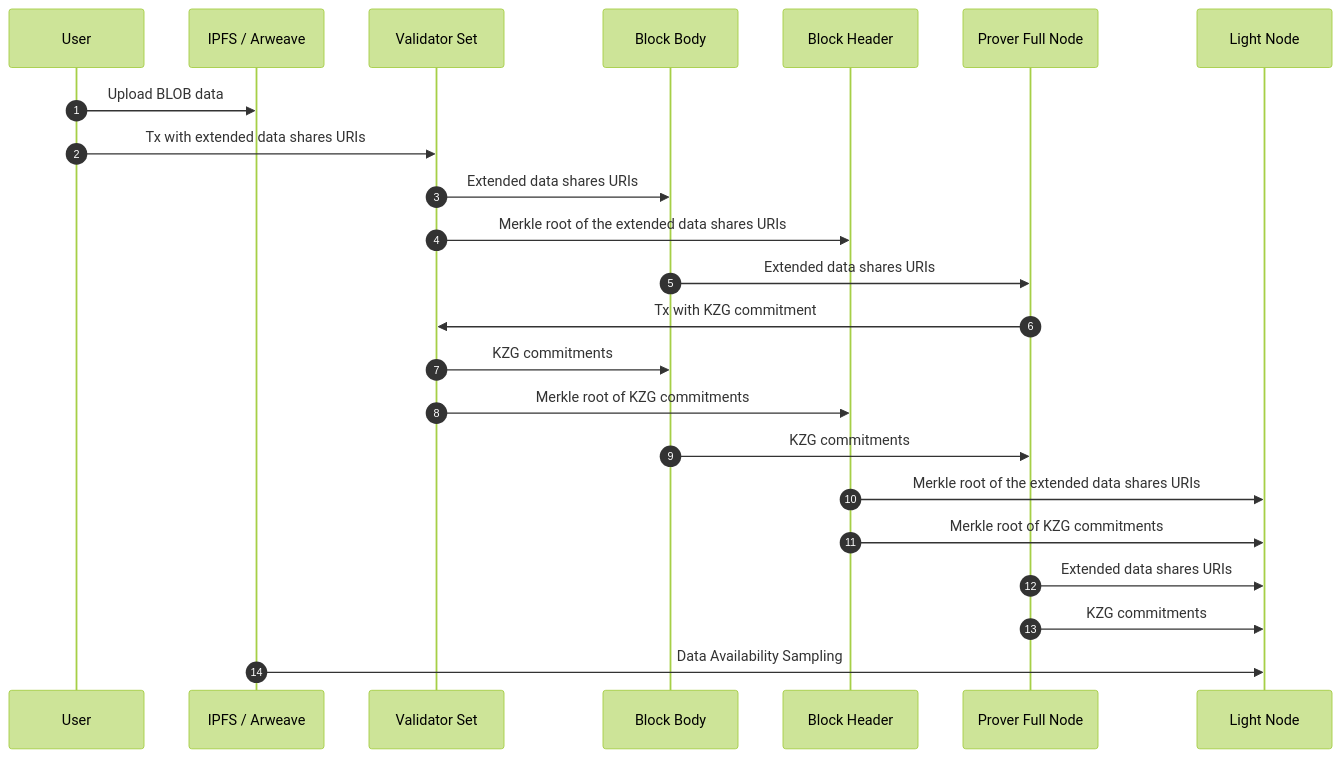
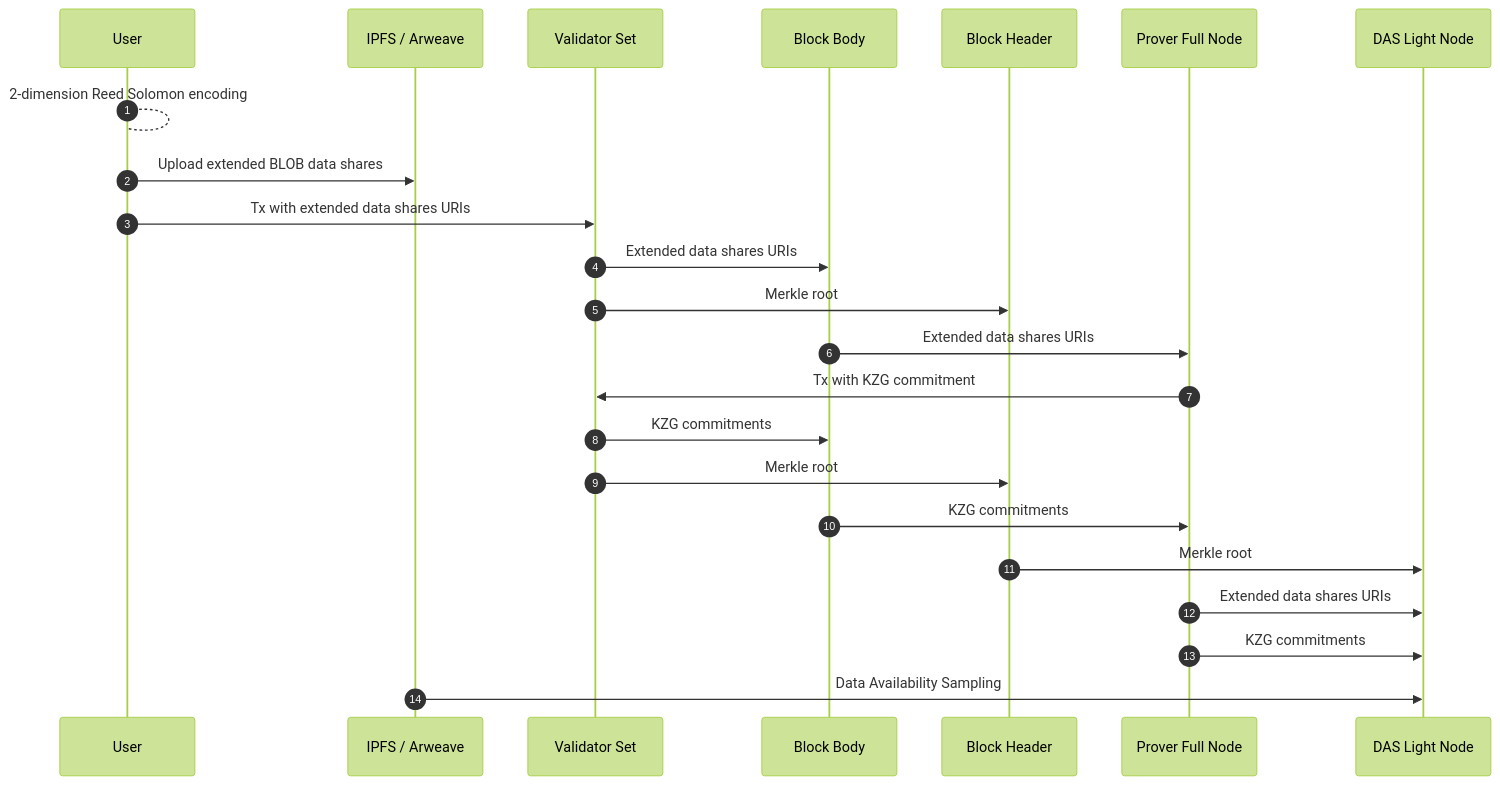
Before and after one commit to sunriselayer/gitbook: the diagram in learn/sunrise/blob.md, drawn with Mermaid (forest theme).

````diff
--- a/learn/sunrise/blob.md
+++ b/learn/sunrise/blob.md
@@ -72,18 +72,18 @@
 ```mermaid
 sequenceDiagram
     autonumber
-    User ->> IPFS / Arweave: Upload BLOB data
+    User -->User: 2-dimension Reed Solomon encoding
+    User ->> IPFS / Arweave: Upload extended BLOB data shares
     User ->> Validator Set: Tx with extended data shares URIs
     Validator Set ->> Block Body: Extended data shares URIs
-    Validator Set ->> Block Header: Merkle root of the extended data shares URIs
+    Validator Set ->> Block Header: Merkle root
     Block Body ->> Prover Full Node: Extended data shares URIs
     Prover Full Node ->> Validator Set: Tx with KZG commitment
     Validator Set ->> Block Body: KZG commitments
-    Validator Set ->> Block Header: Merkle root of KZG commitments
+    Validator Set ->> Block Header: Merkle root
     Block Body ->> Prover Full Node: KZG commitments
-    Block Header ->> Light Node: Merkle root of the extended data shares URIs
-    Block Header ->> Light Node: Merkle root of KZG commitments
-    Prover Full Node ->> Light Node: Extended data shares URIs
-    Prover Full Node ->> Light Node: KZG commitments
-    IPFS / Arweave ->> Light Node: Data Availability Sampling
+    Block Header ->> DAS Light Node: Merkle root
+    Prover Full Node ->> DAS Light Node: Extended data shares URIs
+    Prover Full Node ->> DAS Light Node: KZG commitments
+    IPFS / Arweave ->> DAS Light Node: Data Availability Sampling
 ```
````
